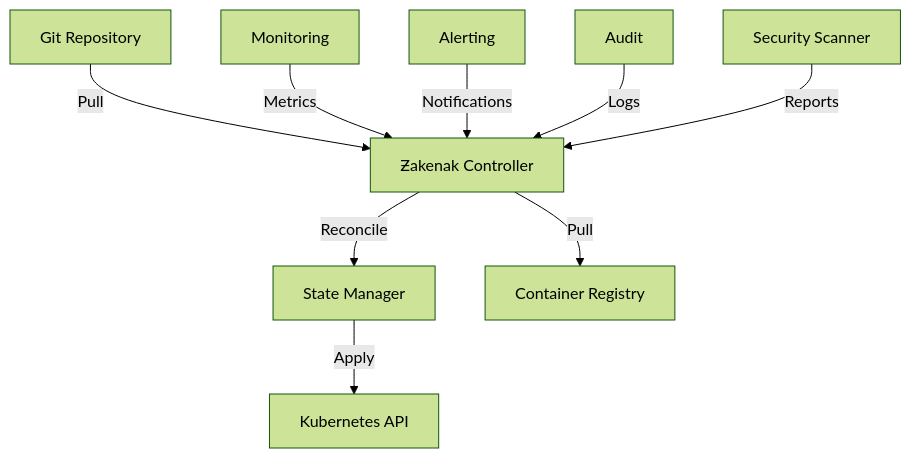
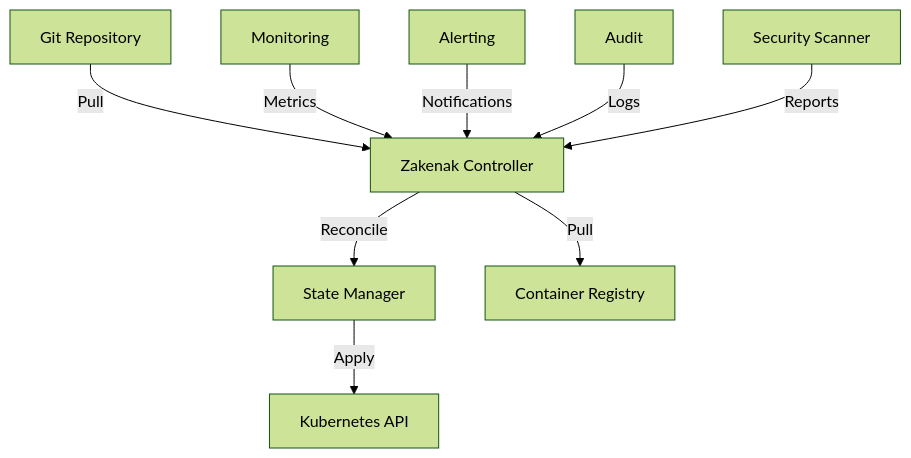
One commit to i8megabit/zakenak changed the diagram in docs/GITOPS.md. Above: the diagram before and after it, drawn with Mermaid (forest theme). The commit also changed 1 other file, not shown here.

Commit message:
1.3.2h ++++ license update

````diff
--- a/docs/GITOPS.md
+++ b/docs/GITOPS.md
@@ -39,11 +39,11 @@
 ```mermaid
 graph TD
-    A[Git Repository] --> |Pull| B[Ƶakenak Controller]
+    A[Git Repository] --> |Pull| B[Zakenak Controller]
     B --> |Reconcile| C[State Manager]
     C --> |Apply| D[Kubernetes API]
     B --> |Pull| E[Container Registry]
     F[Monitoring] --> |Metrics| B
     G[Alerting] --> |Notifications| B
     H[Audit] --> |Logs| B
     I[Security Scanner] --> |Reports| B
 ```
````
